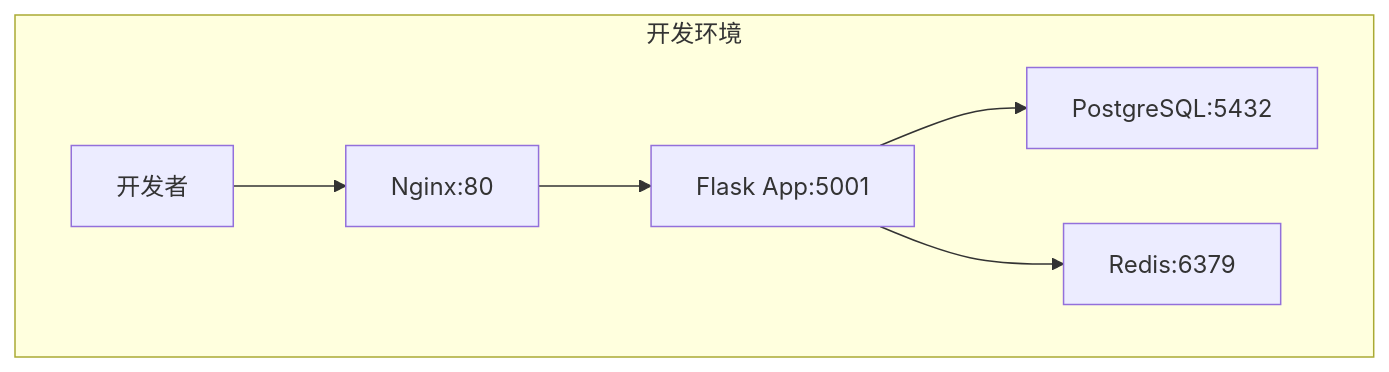
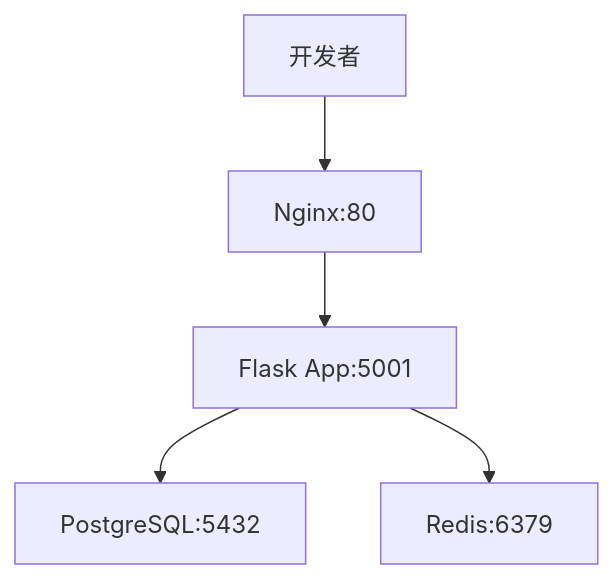
Before and after one commit to nyealovey/TaifishingV4: the first of 2 diagrams in docs/deployment/README.md, drawn with Mermaid. The commit also changed other lines of this file and 97 other files, not shown here.

````diff
--- a/docs/deployment/README.md
+++ b/docs/deployment/README.md
@@ -32,9 +10,7 @@
 ```mermaid
 graph TB
-    subgraph "开发环境"
-        D[开发者] --> N1[Nginx:80]
-        N1 --> F1[Flask App:5001]
-        F1 --> P1[PostgreSQL:5432]
-        F1 --> R1[Redis:6379]
-    end
+    D[开发者] --> N1[Nginx:80]
+    N1 --> F1[Flask App:5001]
+    F1 --> P1[PostgreSQL:5432]
+    F1 --> R1[Redis:6379]
 ```
````
